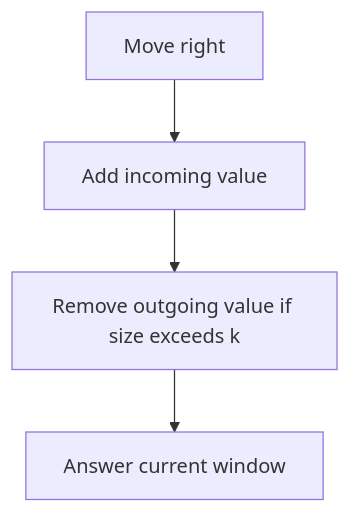
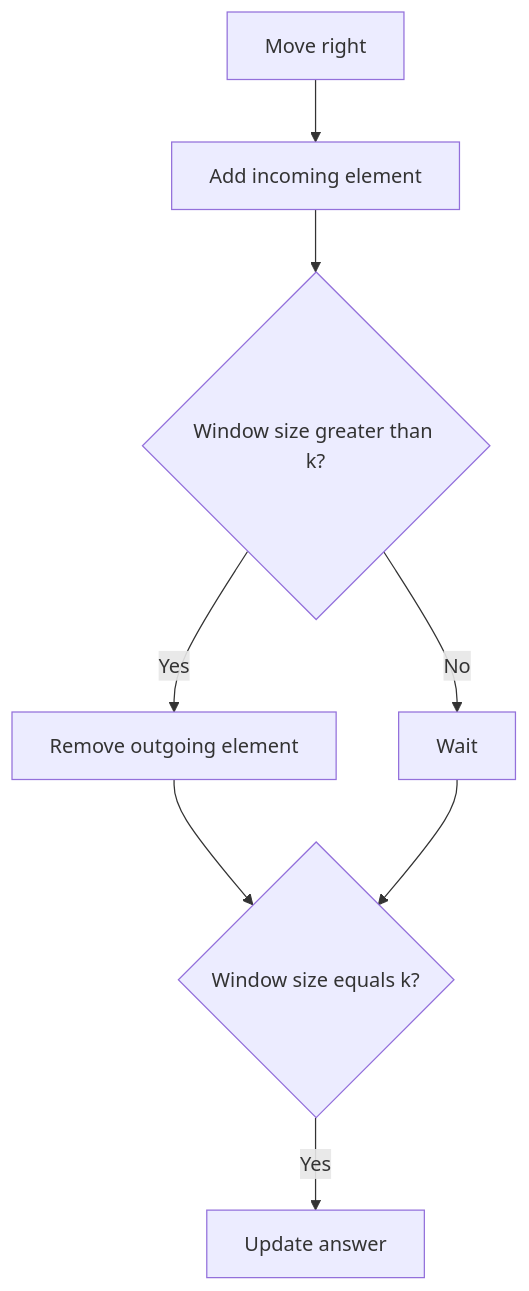
One commit to mthaiseer/springcloud-systemdesign-notes changed the sixth of 36 diagrams in CP_DSA_NOTES/CONCEPT_FRAMEWORK_FORMS_TATICS/two_pointers_sliding_window_playbook.md. Above: the diagram before and after it, drawn with Mermaid. The commit also changed other lines of this file, not shown here.

````diff
--- a/CP_DSA_NOTES/CONCEPT_FRAMEWORK_FORMS_TATICS/two_pointers_sliding_window_playbook.md
+++ b/CP_DSA_NOTES/CONCEPT_FRAMEWORK_FORMS_TATICS/two_pointers_sliding_window_playbook.md
@@ -185,6 +203,10 @@
 ```mermaid
 flowchart TD
-    A["Move right"] --> B["Add incoming value"]
-    B --> C["Remove outgoing value if size exceeds k"]
-    C --> D["Answer current window"]
+    A["Move right"] --> B["Add incoming element"]
+    B --> C{"Window size greater than k?"}
+    C -->|"Yes"| D["Remove outgoing element"]
+    C -->|"No"| E["Wait"]
+    D --> F{"Window size equals k?"}
+    E --> F
+    F -->|"Yes"| G["Update answer"]
 ```
````
